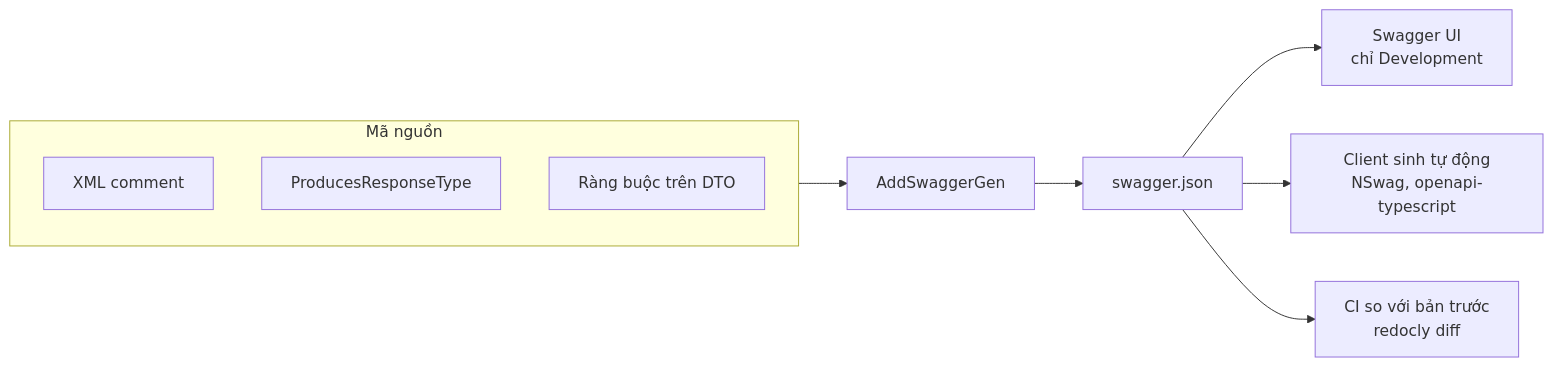
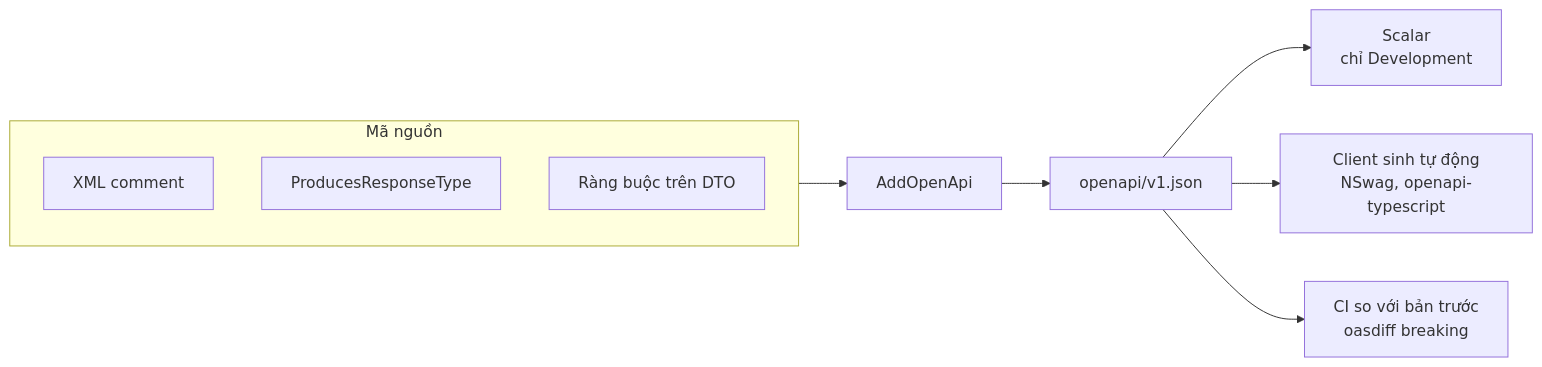
Before and after one commit to TienNHM/dotnet-course: the diagram in lessons/stage-03-aspnet-core-backend/module-09-web-api-professional/9.3-swagger-openapi.md, drawn with Mermaid. The commit also changed other lines of this file and 10 other files, not shown here.

````diff
--- a/lessons/stage-03-aspnet-core-backend/module-09-web-api-professional/9.3-swagger-openapi.md
+++ b/lessons/stage-03-aspnet-core-backend/module-09-web-api-professional/9.3-swagger-openapi.md
@@ -243,13 +317,13 @@
 ```mermaid
 flowchart LR
     subgraph SRC["Mã nguồn"]
         X["XML comment"]
         P["ProducesResponseType"]
         D["Ràng buộc trên DTO"]
     end
-    SRC --> G["AddSwaggerGen"]
-    G --> J["swagger.json"]
-    J --> UI["Swagger UI<br/>chỉ Development"]
+    SRC --> G["AddOpenApi"]
+    G --> J["openapi/v1.json"]
+    J --> UI["Scalar<br/>chỉ Development"]
     J --> CL["Client sinh tự động<br/>NSwag, openapi-typescript"]
-    J --> CI["CI so với bản trước<br/>redocly diff"]
+    J --> CI["CI so với bản trước<br/>oasdiff breaking"]
 ```
````
